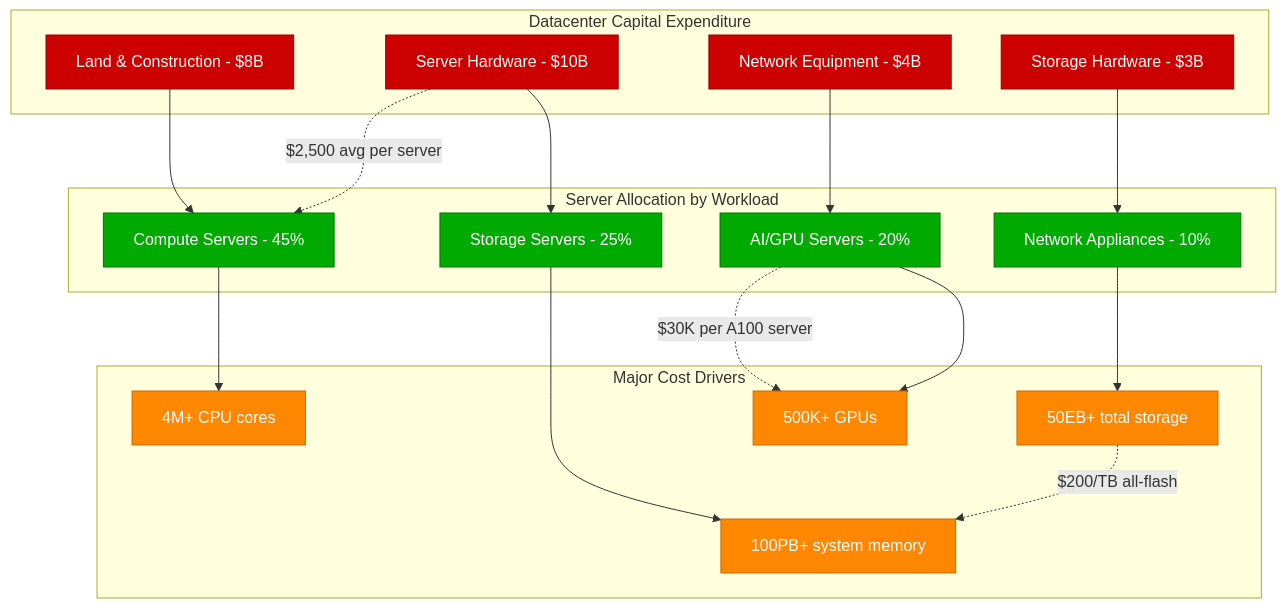
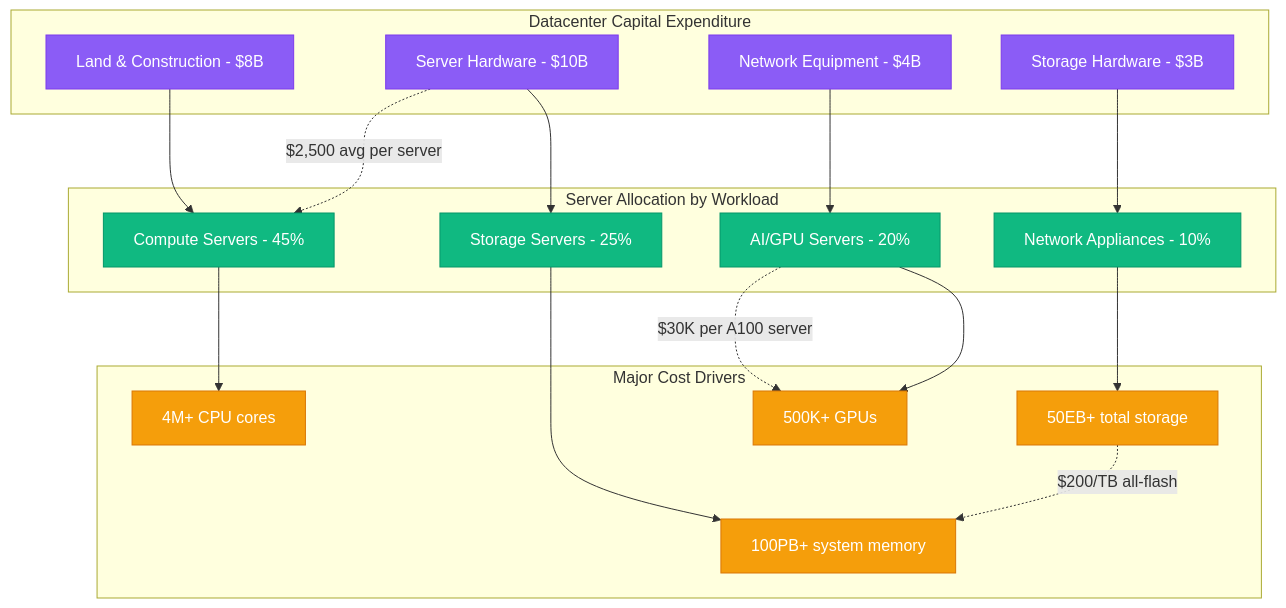
One commit to deepaucksharma/DS changed the second of 12 diagrams in site/docs/systems/microsoft/cost-breakdown.md. Above: the diagram before and after it, drawn with Mermaid. The commit also changed other lines of this file and 303 other files, not shown here.

````diff
--- a/site/docs/systems/microsoft/cost-breakdown.md
+++ b/site/docs/systems/microsoft/cost-breakdown.md
@@ -23,46 +23,46 @@
 ```mermaid
 graph TB
     subgraph DatacenterCapEx[Datacenter Capital Expenditure]
         LAND_CONSTRUCTION[Land & Construction - $8B]
         SERVER_HARDWARE[Server Hardware - $10B]
         NETWORK_EQUIPMENT[Network Equipment - $4B]
         STORAGE_HARDWARE[Storage Hardware - $3B]
     end
 
     subgraph ServerTypes[Server Allocation by Workload]
         COMPUTE_SERVERS[Compute Servers - 45%]
         STORAGE_SERVERS[Storage Servers - 25%]
         AI_GPU_SERVERS[AI/GPU Servers - 20%]
         NETWORK_APPLIANCES[Network Appliances - 10%]
     end
 
     subgraph CostDrivers[Major Cost Drivers]
         CPU_PROCUREMENT[4M+ CPU cores]
         MEMORY_CAPACITY[100PB+ system memory]
         GPU_INVESTMENT[500K+ GPUs]
         STORAGE_CAPACITY[50EB+ total storage]
     end
 
     LAND_CONSTRUCTION --> COMPUTE_SERVERS
     SERVER_HARDWARE --> STORAGE_SERVERS
     NETWORK_EQUIPMENT --> AI_GPU_SERVERS
     STORAGE_HARDWARE --> NETWORK_APPLIANCES
 
     COMPUTE_SERVERS --> CPU_PROCUREMENT
     STORAGE_SERVERS --> MEMORY_CAPACITY
     AI_GPU_SERVERS --> GPU_INVESTMENT
     NETWORK_APPLIANCES --> STORAGE_CAPACITY
 
     %% Cost annotations
     SERVER_HARDWARE -.->|"$2,500 avg per server"| COMPUTE_SERVERS
     AI_GPU_SERVERS -.->|"$30K per A100 server"| GPU_INVESTMENT
     STORAGE_CAPACITY -.->|"$200/TB all-flash"| MEMORY_CAPACITY
 
-    classDef capexStyle fill:#CC0000,stroke:#990000,color:#fff
-    classDef serverStyle fill:#00AA00,stroke:#007700,color:#fff
-    classDef driverStyle fill:#FF8800,stroke:#CC6600,color:#fff
+    classDef capexStyle fill:#8B5CF6,stroke:#7C3AED,color:#fff
+    classDef serverStyle fill:#10B981,stroke:#059669,color:#fff
+    classDef driverStyle fill:#F59E0B,stroke:#D97706,color:#fff
 
     class LAND_CONSTRUCTION,SERVER_HARDWARE,NETWORK_EQUIPMENT,STORAGE_HARDWARE capexStyle
     class COMPUTE_SERVERS,STORAGE_SERVERS,AI_GPU_SERVERS,NETWORK_APPLIANCES serverStyle
     class CPU_PROCUREMENT,MEMORY_CAPACITY,GPU_INVESTMENT,STORAGE_CAPACITY driverStyle
 ```
````
